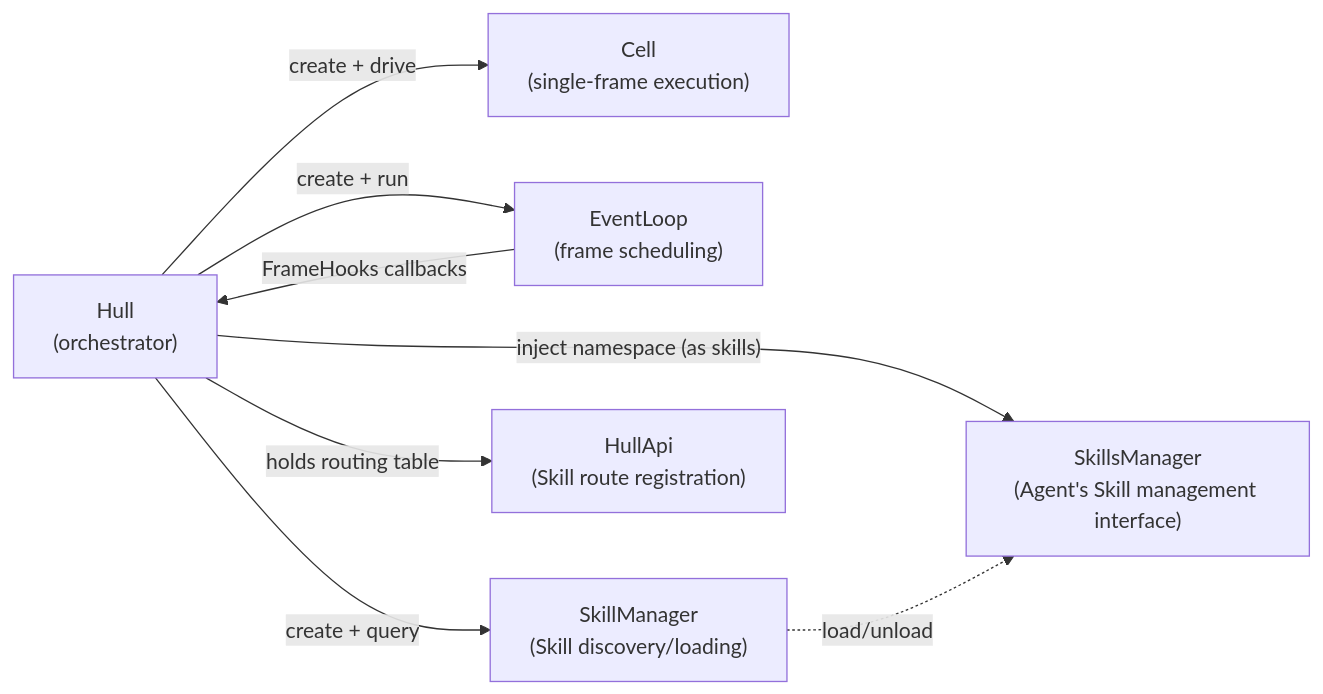
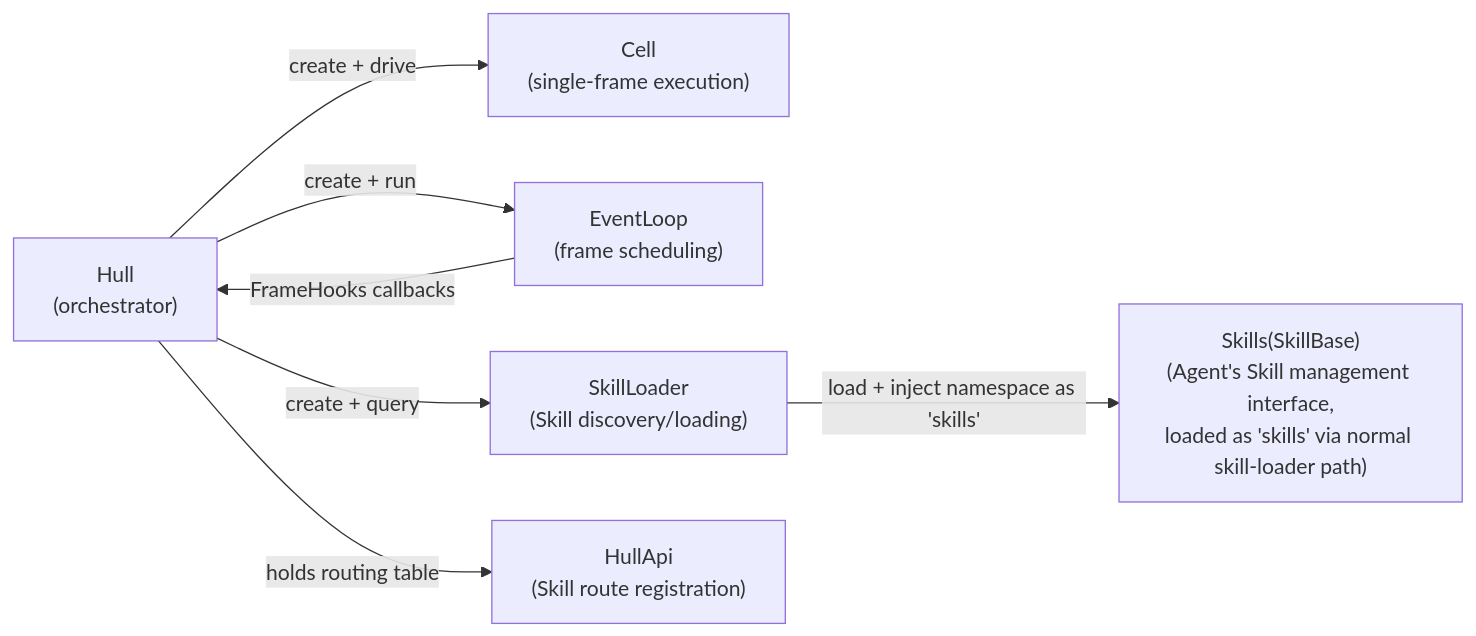
One commit to vessal-ai/vessal changed the first of 3 diagrams in src/vessal/ark/shell/hull/CONTEXT.md. Above: the diagram before and after it, drawn with Mermaid. The commit also changed other lines of this file and 266 other files, not shown here.

First line of the commit message:
release: v0.0.4 — Console redesign, Shell/Hull/Cell architecture, CLI wizards (#16)

````diff
--- a/src/vessal/ark/shell/hull/CONTEXT.md
+++ b/src/vessal/ark/shell/hull/CONTEXT.md
@@ -32,17 +33,16 @@
 ```mermaid
 graph LR
     Hull["Hull\n(orchestrator)"]
     Cell["Cell\n(single-frame execution)"]
     EL["EventLoop\n(frame scheduling)"]
-    SM["SkillManager\n(Skill discovery/loading)"]
-    Meta["SkillsManager\n(Agent's Skill management interface)"]
+    SM["SkillLoader\n(Skill discovery/loading)"]
+    Skills["Skills(SkillBase)\n(Agent's Skill management interface,\nloaded as 'skills' via normal skill-loader path)"]
     HullApi["HullApi\n(Skill route registration)"]
 
     Hull -->|"create + drive"| Cell
     Hull -->|"create + run"| EL
     Hull -->|"create + query"| SM
-    Hull -->|"inject namespace (as skills)"| Meta
+    SM -->|"load + inject namespace as 'skills'"| Skills
     Hull -->|"holds routing table"| HullApi
-    SM -.->|"load/unload"| Meta
     EL -->|"FrameHooks callbacks"| Hull
 ```
````
